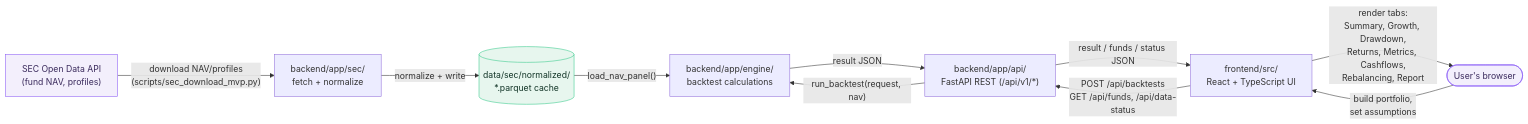
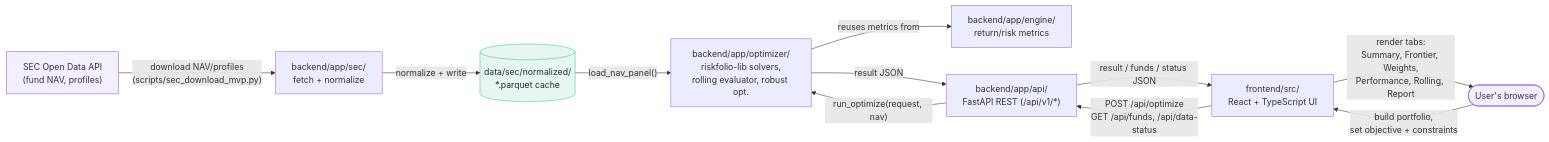
Before and after one commit to bblank09/Portfolio-Optimization: the diagram in README.md, drawn with Mermaid. The commit also changed other lines of this file and 2 other files, not shown here.

````diff
--- a/README.md
+++ b/README.md
@@ -68,25 +68,27 @@
 ```mermaid
 flowchart LR
     SEC["SEC Open Data API<br/>(fund NAV, profiles)"]
     SECMOD["backend/app/sec/<br/>fetch + normalize"]
     CACHE[("data/sec/normalized/<br/>*.parquet cache")]
-    ENGINE["backend/app/engine/<br/>backtest calculations"]
+    ENGINE["backend/app/engine/<br/>return/risk metrics"]
+    OPT["backend/app/optimizer/<br/>riskfolio-lib solvers,\nrolling evaluator, robust opt."]
     API["backend/app/api/<br/>FastAPI REST (/api/v1/*)"]
     FE["frontend/src/<br/>React + TypeScript UI"]
     USER(["User's browser"])
 
     SEC -- "download NAV/profiles\n(scripts/sec_download_mvp.py)" --> SECMOD
     SECMOD -- "normalize + write" --> CACHE
-    CACHE -- "load_nav_panel()" --> ENGINE
-    API -- "run_backtest(request, nav)" --> ENGINE
-    ENGINE -- "result JSON" --> API
-    USER -- "build portfolio,\nset assumptions" --> FE
-    FE -- "POST /api/backtests\nGET /api/funds, /api/data-status" --> API
+    CACHE -- "load_nav_panel()" --> OPT
+    OPT -- "reuses metrics from" --> ENGINE
+    API -- "run_optimize(request, nav)" --> OPT
+    OPT -- "result JSON" --> API
+    USER -- "build portfolio,\nset objective + constraints" --> FE
+    FE -- "POST /api/optimize\nGET /api/funds, /api/data-status" --> API
     API -- "result / funds / status JSON" --> FE
-    FE -- "render tabs:\nSummary, Growth, Drawdown,\nReturns, Metrics, Cashflows,\nRebalancing, Report" --> USER
+    FE -- "render tabs:\nSummary, Frontier, Weights,\nPerformance, Rolling, Report" --> USER
 
     classDef external fill:#f3effc,stroke:#8b5cf6,color:#3a2a5c;
     classDef storage fill:#e7f6ee,stroke:#34c98a,color:#123527;
     class SEC,USER external;
     class CACHE storage;
 ```
````
